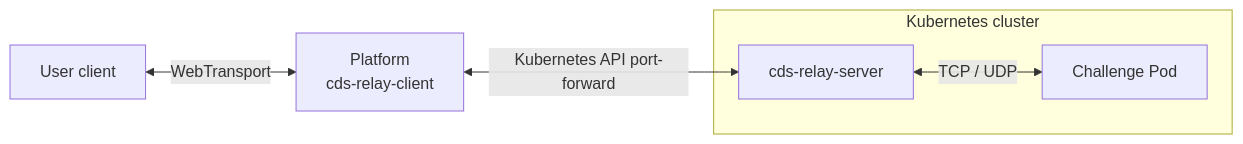
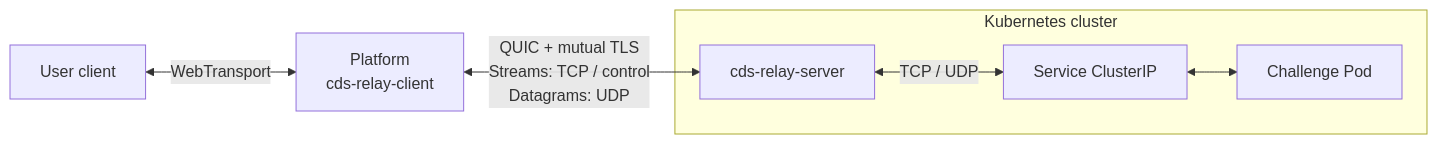
One commit to cdsctf/relay changed the diagram in README.md. Above: the diagram before and after it, drawn with Mermaid. The commit also changed other lines of this file and 26 other files, not shown here.

First line of the commit message:
feat(relay)!: replace stream transport with authenticated QUIC

````diff
--- a/README.md
+++ b/README.md
@@ -5,10 +5,12 @@
 ```mermaid
 flowchart LR
     user["User client"] <-->|WebTransport| platform["Platform<br/>cds-relay-client"]
-    platform <-->|Kubernetes API port-forward| relay["cds-relay-server"]
-    relay <-->|TCP / UDP| challenge["Challenge Pod"]
+    platform <-->|"QUIC + mutual TLS<br/>Streams: TCP / control<br/>Datagrams: UDP"| relay["cds-relay-server"]
+    relay <-->|TCP / UDP| service["Service ClusterIP"]
+    service <--> challenge["Challenge Pod"]
     subgraph cluster["Kubernetes cluster"]
         relay
+        service
         challenge
     end
 ```
````
